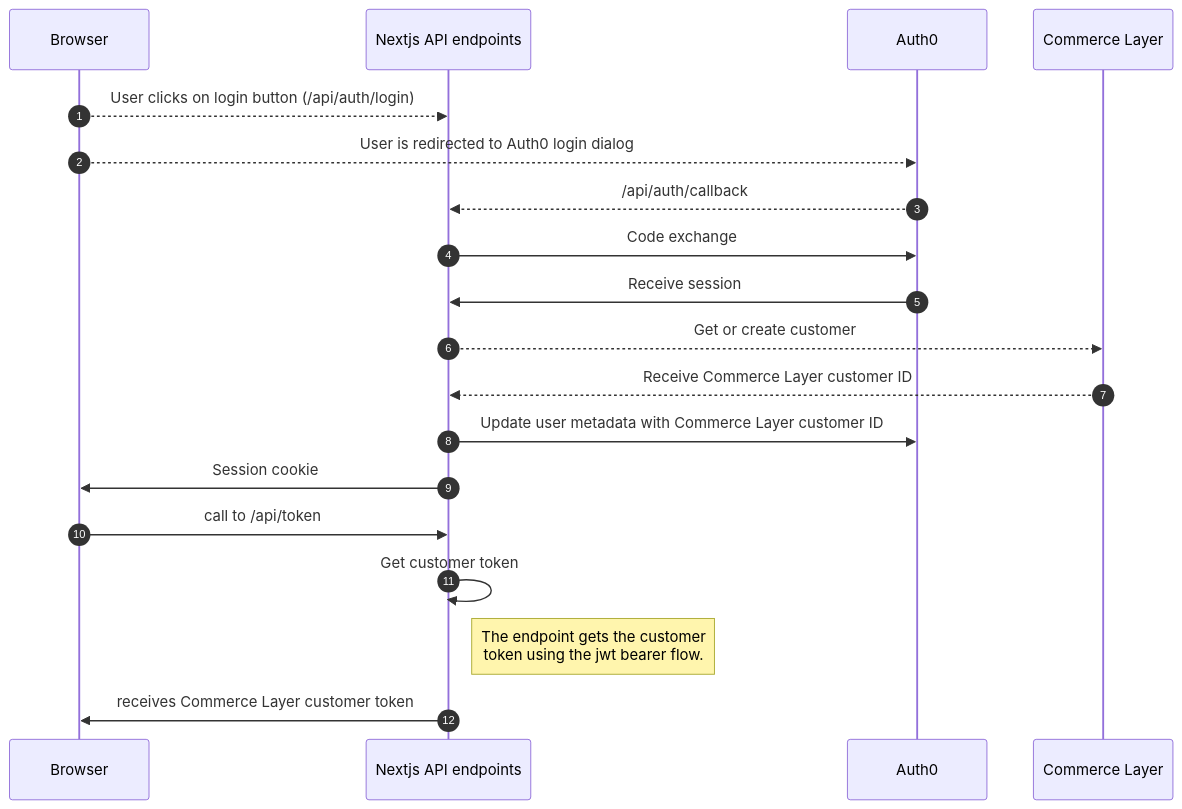
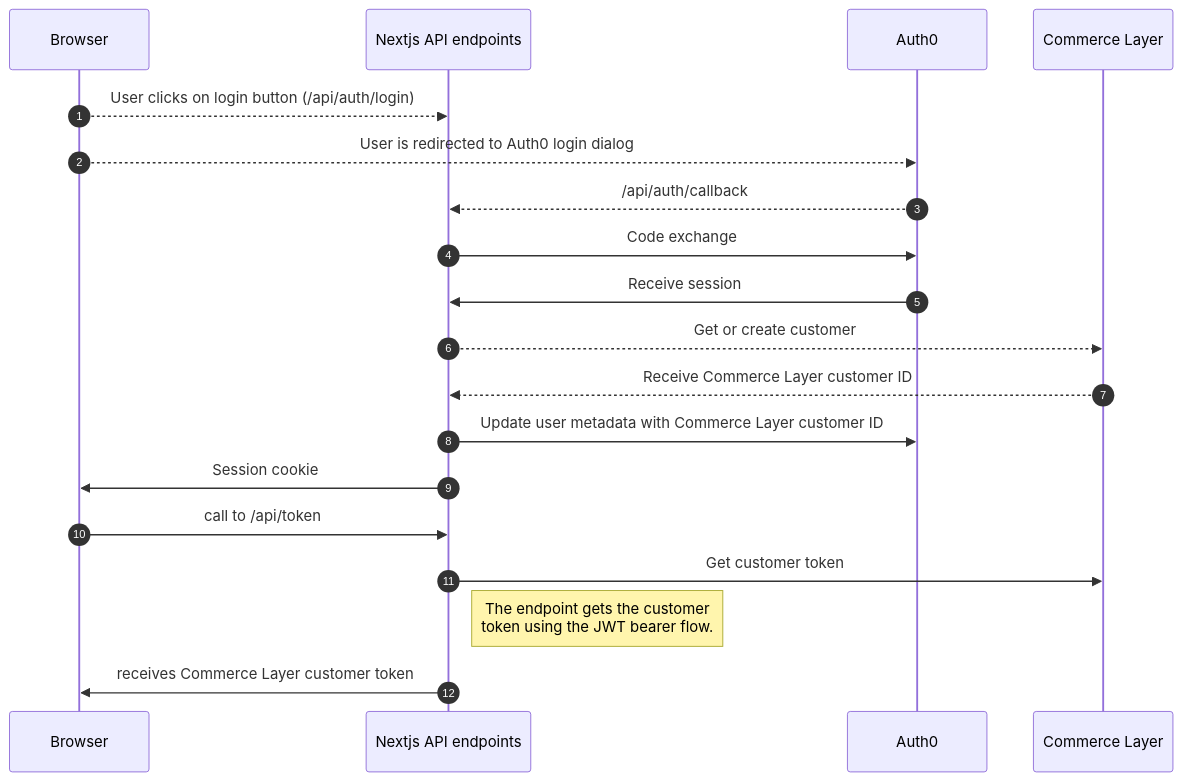
The diagram in authentication/nextjs-auth0-sso/README.md (commercelayer/examples), drawn with Mermaid before and after one commit.

Commit message:
docs: update auth0 sequence diagram

````diff
--- a/authentication/nextjs-auth0-sso/README.md
+++ b/authentication/nextjs-auth0-sso/README.md
@@ -18,17 +18,17 @@
 ```mermaid
 sequenceDiagram
     autonumber
     Browser-->>Nextjs API endpoints: User clicks on login button (/api/auth/login)
     Browser-->>Auth0: User is redirected to Auth0 login dialog
     Auth0-->>Nextjs API endpoints: /api/auth/callback
     Nextjs API endpoints->>Auth0: Code exchange
     Auth0->>Nextjs API endpoints: Receive session
     Nextjs API endpoints-->>Commerce Layer: Get or create customer
     Commerce Layer-->>Nextjs API endpoints: Receive Commerce Layer customer ID
     Nextjs API endpoints->>Auth0: Update user metadata with Commerce Layer customer ID
     Nextjs API endpoints->>Browser: Session cookie
     Browser->>Nextjs API endpoints: call to /api/token
-    Nextjs API endpoints->>Nextjs API endpoints: Get customer token
-    Note right of Nextjs API endpoints: The endpoint gets the customer <br>token using the jwt bearer flow.
+    Nextjs API endpoints->>Commerce Layer: Get customer token
+    Note right of Nextjs API endpoints: The endpoint gets the customer <br>token using the JWT bearer flow.
     Nextjs API endpoints->>Browser: receives Commerce Layer customer token
 ```
````
